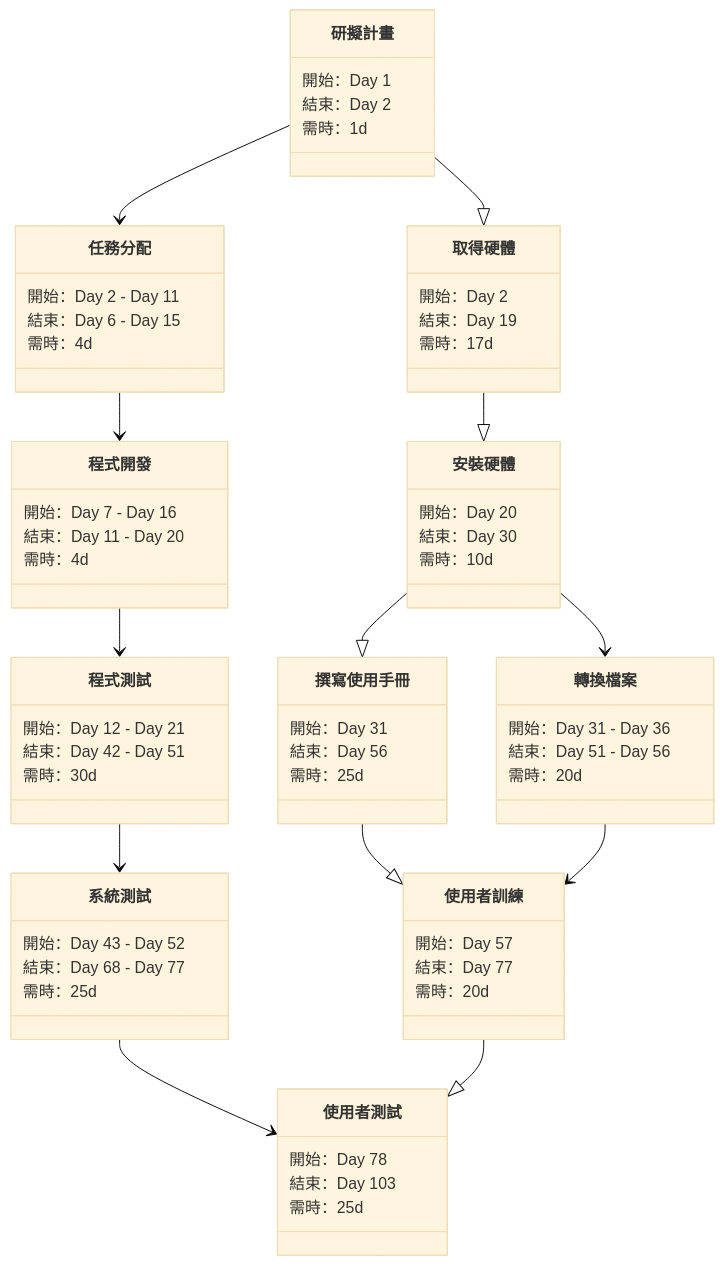
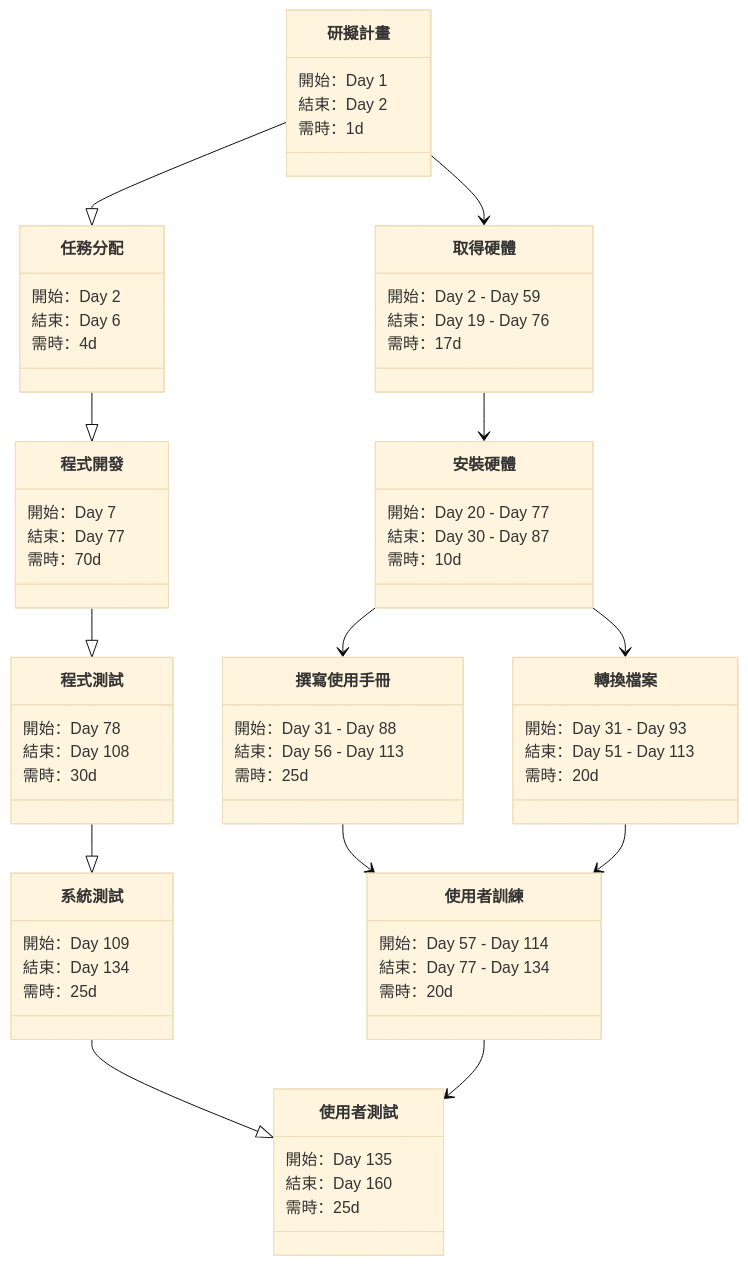
Before and after one commit to MoRedChen/2022-3a: the first of 3 diagrams in hw2.md, drawn with Mermaid (base theme). The commit also changed other lines of this file, not shown here.

````diff
--- a/hw2.md
+++ b/hw2.md
@@ -20,60 +20,60 @@
 ```mermaid
 classDiagram
 
-研擬計畫 --> 任務分配
-研擬計畫 --|> 取得硬體
-任務分配 --> 程式開發
-取得硬體 --|> 安裝硬體
-程式開發 --> 程式測試
-安裝硬體 --|> 撰寫使用手冊
+研擬計畫 --|> 任務分配
+研擬計畫 --> 取得硬體
+任務分配 --|> 程式開發
+取得硬體 --> 安裝硬體
+程式開發 --|> 程式測試
+安裝硬體 --> 撰寫使用手冊
 安裝硬體 --> 轉換檔案
-程式測試 --> 系統測試
-撰寫使用手冊 --|> 使用者訓練
+程式測試 --|> 系統測試
+撰寫使用手冊 --> 使用者訓練
 轉換檔案 --> 使用者訓練
-系統測試 --> 使用者測試
-使用者訓練 --|> 使用者測試
+系統測試 --|> 使用者測試
+使用者訓練 --> 使用者測試
 
 研擬計畫 : 開始：Day 1
 研擬計畫 : 結束：Day 2
 研擬計畫 : 需時：1d
 
-任務分配 : 開始：Day 2 - Day 11
-任務分配 : 結束：Day 6 - Day 15
+任務分配 : 開始：Day 2
+任務分配 : 結束：Day 6
 任務分配 : 需時：4d
 
-取得硬體 : 開始：Day 2
-取得硬體 : 結束：Day 19
+取得硬體 : 開始：Day 2 - Day 59
+取得硬體 : 結束：Day 19 - Day 76
 取得硬體 : 需時：17d
 
-程式開發 : 開始：Day 7 - Day 16
-程式開發 : 結束：Day 11 - Day 20
-程式開發 : 需時：4d
+程式開發 : 開始：Day 7
+程式開發 : 結束：Day 77
+程式開發 : 需時：70d
 
-安裝硬體 : 開始：Day 20
-安裝硬體 : 結束：Day 30
+安裝硬體 : 開始：Day 20 - Day 77
+安裝硬體 : 結束：Day 30 - Day 87
 安裝硬體 : 需時：10d
 
-程式測試 : 開始：Day 12 - Day 21
-程式測試 : 結束：Day 42 - Day 51
+程式測試 : 開始：Day 78
+程式測試 : 結束：Day 108
 程式測試 : 需時：30d
 
-撰寫使用手冊 : 開始：Day 31
-撰寫使用手冊 : 結束：Day 56
+撰寫使用手冊 : 開始：Day 31 - Day 88
+撰寫使用手冊 : 結束：Day 56 - Day 113
 撰寫使用手冊 : 需時：25d
 
-轉換檔案 : 開始：Day 31 - Day 36
-轉換檔案 : 結束：Day 51 - Day 56
+轉換檔案 : 開始：Day 31 - Day 93
+轉換檔案 : 結束：Day 51 - Day 113
 轉換檔案 : 需時：20d
 
-系統測試 : 開始：Day 43 - Day 52
-系統測試 : 結束：Day 68 - Day 77
+系統測試 : 開始：Day 109
+系統測試 : 結束：Day 134
 系統測試 : 需時：25d
 
-使用者訓練 : 開始：Day 57
-使用者訓練 : 結束：Day 77
+使用者訓練 : 開始：Day 57 - Day 114
+使用者訓練 : 結束：Day 77 - Day 134
 使用者訓練 : 需時：20d
 
-使用者測試 : 開始：Day 78
-使用者測試 : 結束：Day 103
+使用者測試 : 開始：Day 135
+使用者測試 : 結束：Day 160
 使用者測試 : 需時：25d
 ```
````
